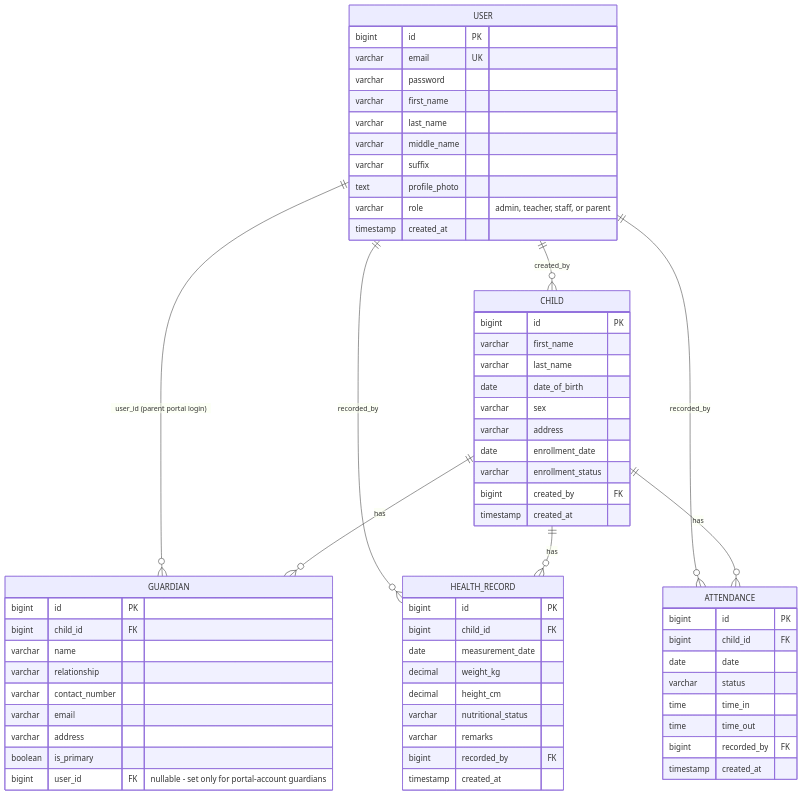
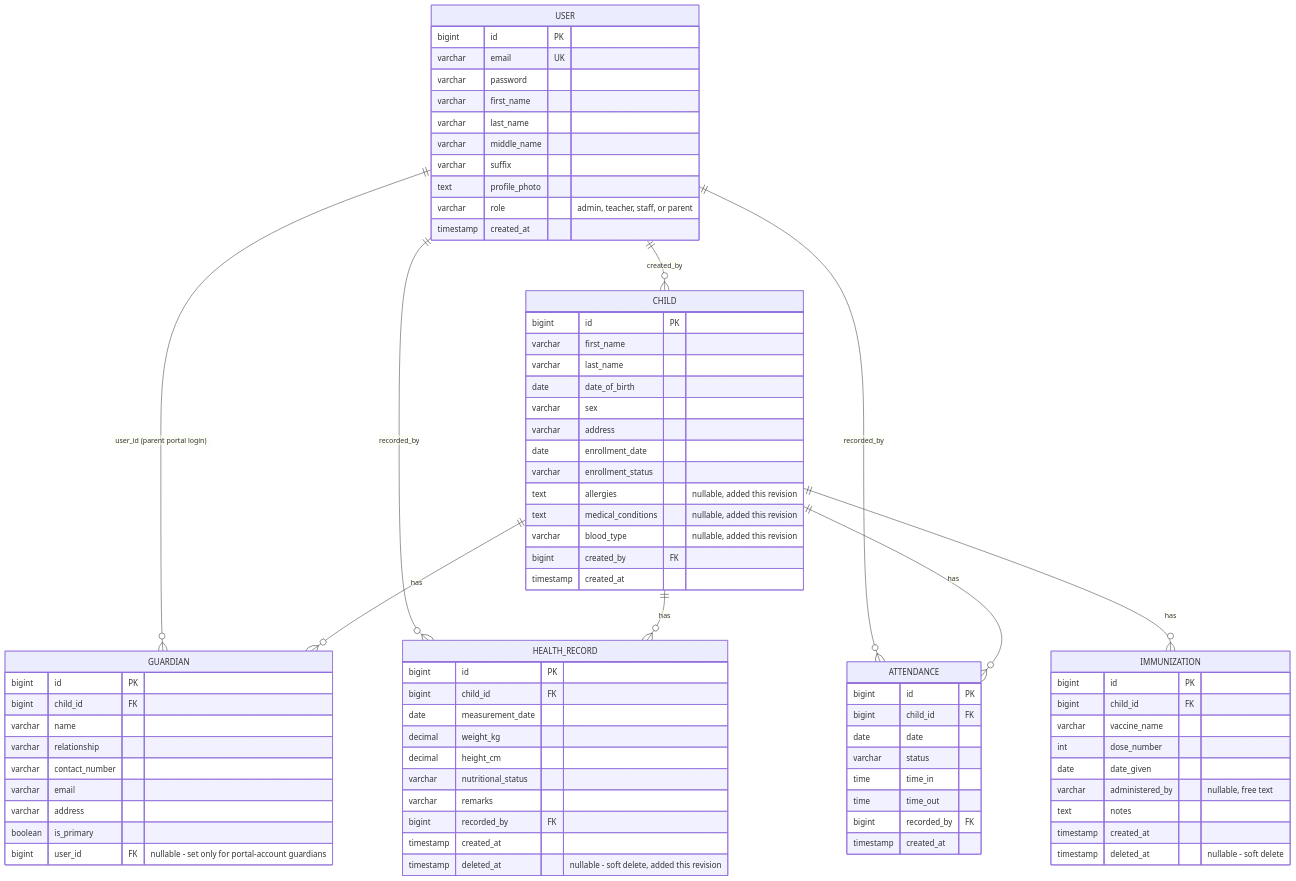
One commit to earl1605/daycarelog changed the second of 4 diagrams in docs/SRS_v2.1_revised.md. Above: the diagram before and after it, drawn with Mermaid. The commit also changed other lines of this file, not shown here.

First line of the commit message:
docs: update SRS to v2.3 for health record & immunization tracking (web-only)

````diff
--- a/docs/SRS_v2.1_revised.md
+++ b/docs/SRS_v2.1_revised.md
@@ -285,6 +309,9 @@
         varchar address
         date enrollment_date
         varchar enrollment_status
+        text allergies "nullable, added this revision"
+        text medical_conditions "nullable, added this revision"
+        varchar blood_type "nullable, added this revision"
         bigint created_by FK
         timestamp created_at
     }
@@ -309,6 +336,18 @@
         varchar remarks
         bigint recorded_by FK
         timestamp created_at
+        timestamp deleted_at "nullable - soft delete, added this revision"
+    }
+    IMMUNIZATION {
+        bigint id PK
+        bigint child_id FK
+        varchar vaccine_name
+        int dose_number
+        date date_given
+        varchar administered_by "nullable, free text"
+        text notes
+        timestamp created_at
+        timestamp deleted_at "nullable - soft delete"
     }
     ATTENDANCE {
         bigint id PK
@@ -328,4 +367,5 @@
     CHILD      ||--o{ GUARDIAN      : "has"
     CHILD      ||--o{ HEALTH_RECORD : "has"
     CHILD      ||--o{ ATTENDANCE    : "has"
+    CHILD      ||--o{ IMMUNIZATION  : "has"
 ```
````
